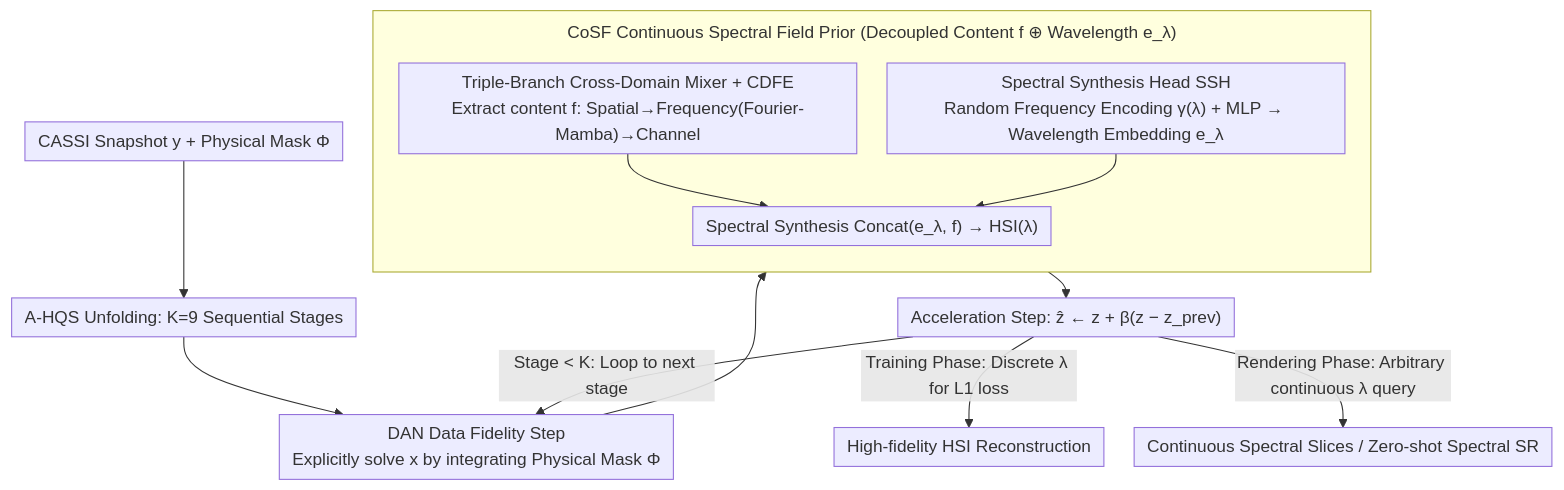
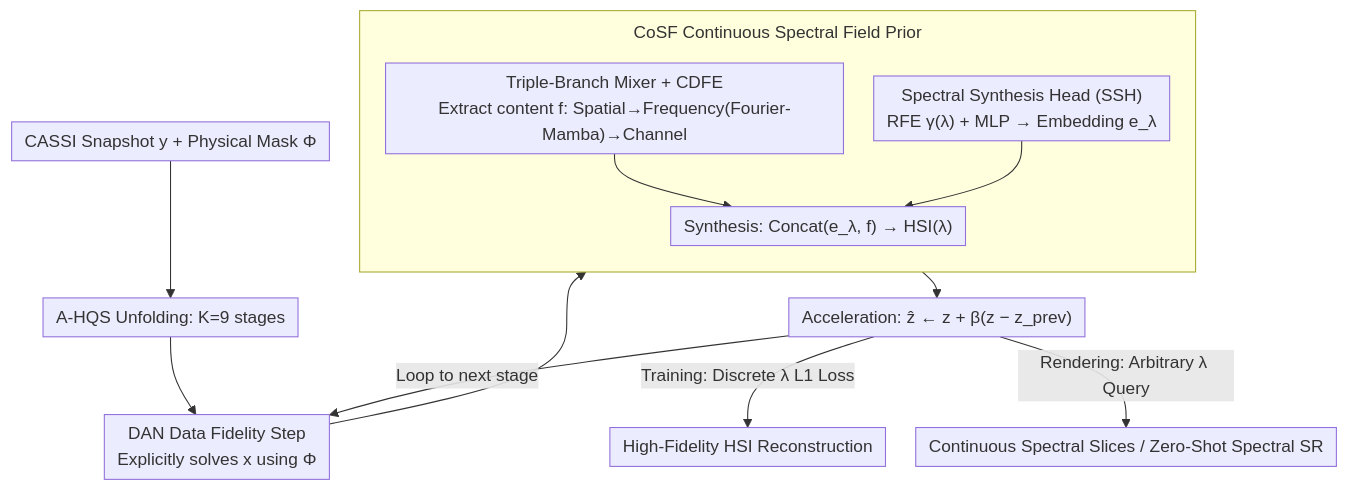
Before and after one commit to zhaoyang97/Paper-Notes-en: the diagram in docs/ICML2026/image_restoration/phy-cosf_physics-guided_continuous_spectral_fields_reconstruction_and_super-reso.md, drawn with Mermaid. The commit also changed other lines of this file and 5084 other files, not shown here.

````diff
--- a/docs/ICML2026/image_restoration/phy-cosf_physics-guided_continuous_spectral_fields_reconstruction_and_super-reso.md
+++ b/docs/ICML2026/image_restoration/phy-cosf_physics-guided_continuous_spectral_fields_reconstruction_and_super-reso.md
@@ -43,18 +43,18 @@
 ```mermaid
 %%{init: {'flowchart': {'rankSpacing': 24, 'nodeSpacing': 28, 'padding': 6, 'wrappingWidth': 400, 'subGraphTitleMargin': {'top': 8, 'bottom': 16}}}}%%
 flowchart TD
-    A["CASSI Snapshot y + Physical Mask Φ"] --> B["A-HQS Unfolding: K=9 Sequential Stages"]
-    B --> C["DAN Data Fidelity Step<br/>Explicitly solve x by integrating Physical Mask Φ"]
+    A["CASSI Snapshot y + Physical Mask Φ"] --> B["A-HQS Unfolding: K=9 stages"]
+    B --> C["DAN Data Fidelity Step<br/>Explicitly solves x using Φ"]
     C --> D
-    subgraph D["CoSF Continuous Spectral Field Prior (Decoupled Content f ⊕ Wavelength e_λ)"]
+    subgraph D["CoSF Continuous Spectral Field Prior"]
         direction TB
-        E["Triple-Branch Cross-Domain Mixer + CDFE<br/>Extract content f: Spatial→Frequency(Fourier-Mamba)→Channel"]
-        G["Spectral Synthesis Head SSH<br/>Random Frequency Encoding γ(λ) + MLP → Wavelength Embedding e_λ"]
-        E --> K["Spectral Synthesis Concat(e_λ, f) → HSI(λ)"]
+        E["Triple-Branch Mixer + CDFE<br/>Extract content f: Spatial→Frequency(Fourier-Mamba)→Channel"]
+        G["Spectral Synthesis Head (SSH)<br/>RFE γ(λ) + MLP → Embedding e_λ"]
+        E --> K["Synthesis: Concat(e_λ, f) → HSI(λ)"]
         G --> K
     end
-    D --> H["Acceleration Step: ẑ ← z + β(z − z_prev)"]
-    H -->|"Stage < K: Loop to next stage"| C
-    H -->|"Training Phase: Discrete λ for L1 loss"| I["High-fidelity HSI Reconstruction"]
-    H -->|"Rendering Phase: Arbitrary continuous λ query"| J["Continuous Spectral Slices / Zero-shot Spectral SR"]
+    D --> H["Acceleration: ẑ ← z + β(z − z_prev)"]
+    H -->|"Loop to next stage"| C
+    H -->|"Training: Discrete λ L1 Loss"| I["High-Fidelity HSI Reconstruction"]
+    H -->|"Rendering: Arbitrary λ Query"| J["Continuous Spectral Slices / Zero-Shot Spectral SR"]
 ```
````
